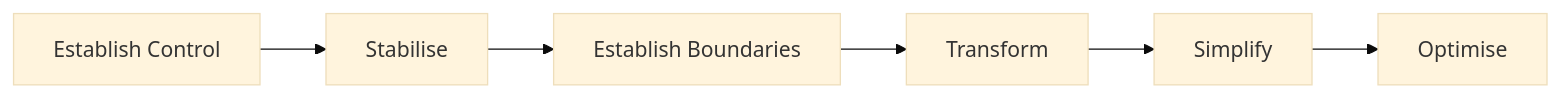
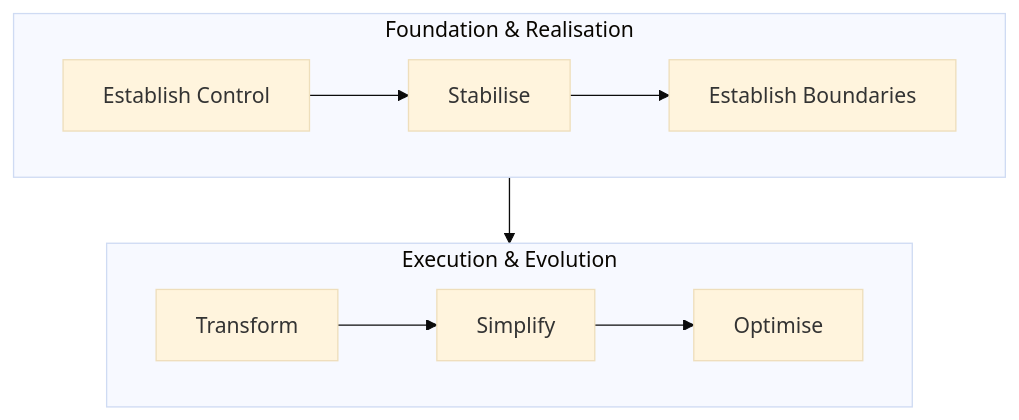
Diagram 11 of 22 in docs/sop/methods/architecture-assessment-roadmap-report.v2.md (avfranco-br/portfolio), drawn with Mermaid (base theme) before and after one commit. The commit also changed other lines of this file and 10 other files, not shown here.

Commit message:
Refactor Mermaid diagrams across SOP and methods documentation for legibility

````diff
--- a/docs/sop/methods/architecture-assessment-roadmap-report.v2.md
+++ b/docs/sop/methods/architecture-assessment-roadmap-report.v2.md
@@ -973,14 +979,16 @@
 ```mermaid
-flowchart LR
-    Control["Establish Control"]
-    Stabilise["Stabilise"]
-    Boundaries["Establish Boundaries"]
-    Transform["Transform"]
-    Simplify["Simplify"]
-    Optimise["Optimise"]
-    Control --> Stabilise
-    Stabilise --> Boundaries
+flowchart TD
+    subgraph Tier1["Foundation & Realisation"]
+        direction LR
+        Control["Establish Control"] --> Stabilise["Stabilise"]
+        Stabilise --> Boundaries["Establish Boundaries"]
+    end
+
+    subgraph Tier2["Execution & Evolution"]
+        direction LR
+        Transform["Transform"] --> Simplify["Simplify"]
+        Simplify --> Optimise["Optimise"]
+    end
+
     Boundaries --> Transform
-    Transform --> Simplify
-    Simplify --> Optimise
 ```
````
